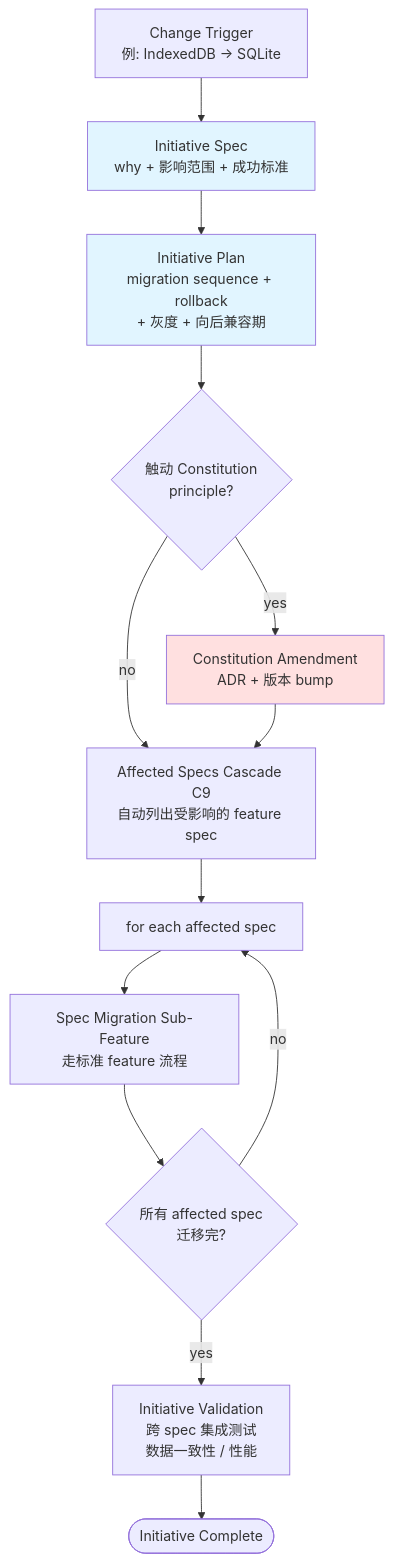
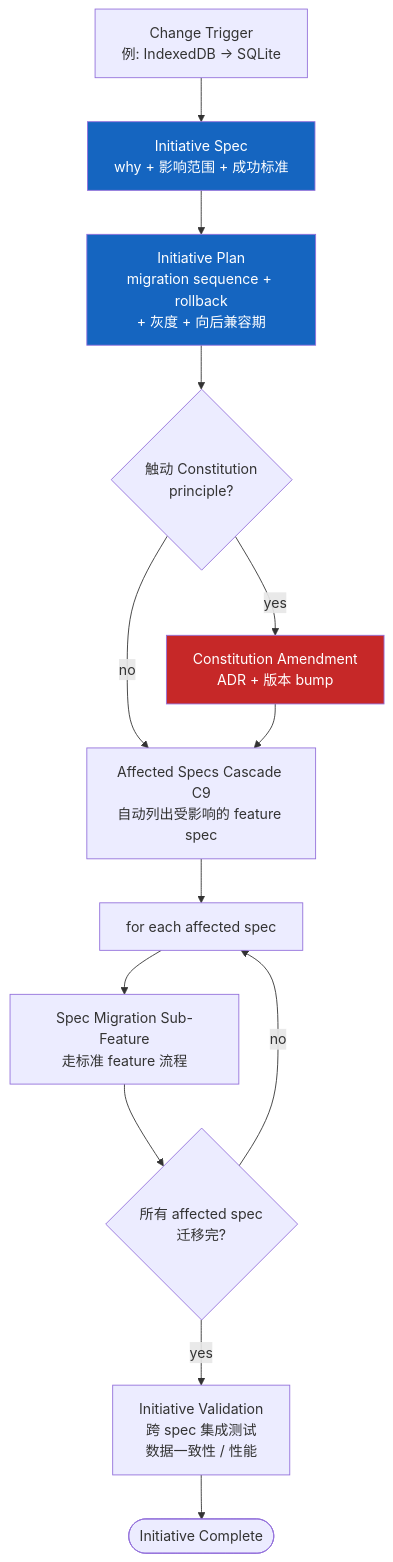
The fifth of 11 diagrams in docs/sdd/diagrams.md (chinaszzt/suiyin-v4), drawn with Mermaid before and after one commit. The commit also changed other lines of this file, not shown here.

First line of the commit message:
docs: diagrams.md 颜色改为高对比深色 + 白字

````diff
--- a/docs/sdd/diagrams.md
+++ b/docs/sdd/diagrams.md
@@ -140,19 +140,19 @@
 ```mermaid
 flowchart TD
     A[Change Trigger<br/>例: IndexedDB → SQLite] --> B[Initiative Spec<br/>why + 影响范围 + 成功标准]
     B --> C[Initiative Plan<br/>migration sequence + rollback<br/>+ 灰度 + 向后兼容期]
     C --> D{触动 Constitution<br/>principle?}
     D -->|yes| E[Constitution Amendment<br/>ADR + 版本 bump]
     D -->|no| F[Affected Specs Cascade C9<br/>自动列出受影响的 feature spec]
     E --> F
     F --> G[for each affected spec]
     G --> H[Spec Migration Sub-Feature<br/>走标准 feature 流程]
     H --> I{所有 affected spec<br/>迁移完?}
     I -->|no| G
     I -->|yes| J[Initiative Validation<br/>跨 spec 集成测试<br/>数据一致性 / 性能]
     J --> K([Initiative Complete])
     
-    style B fill:#e1f5ff
-    style C fill:#e1f5ff
-    style E fill:#ffe0e0
+    style B fill:#1565C0,color:#fff
+    style C fill:#1565C0,color:#fff
+    style E fill:#C62828,color:#fff
 ```
````
